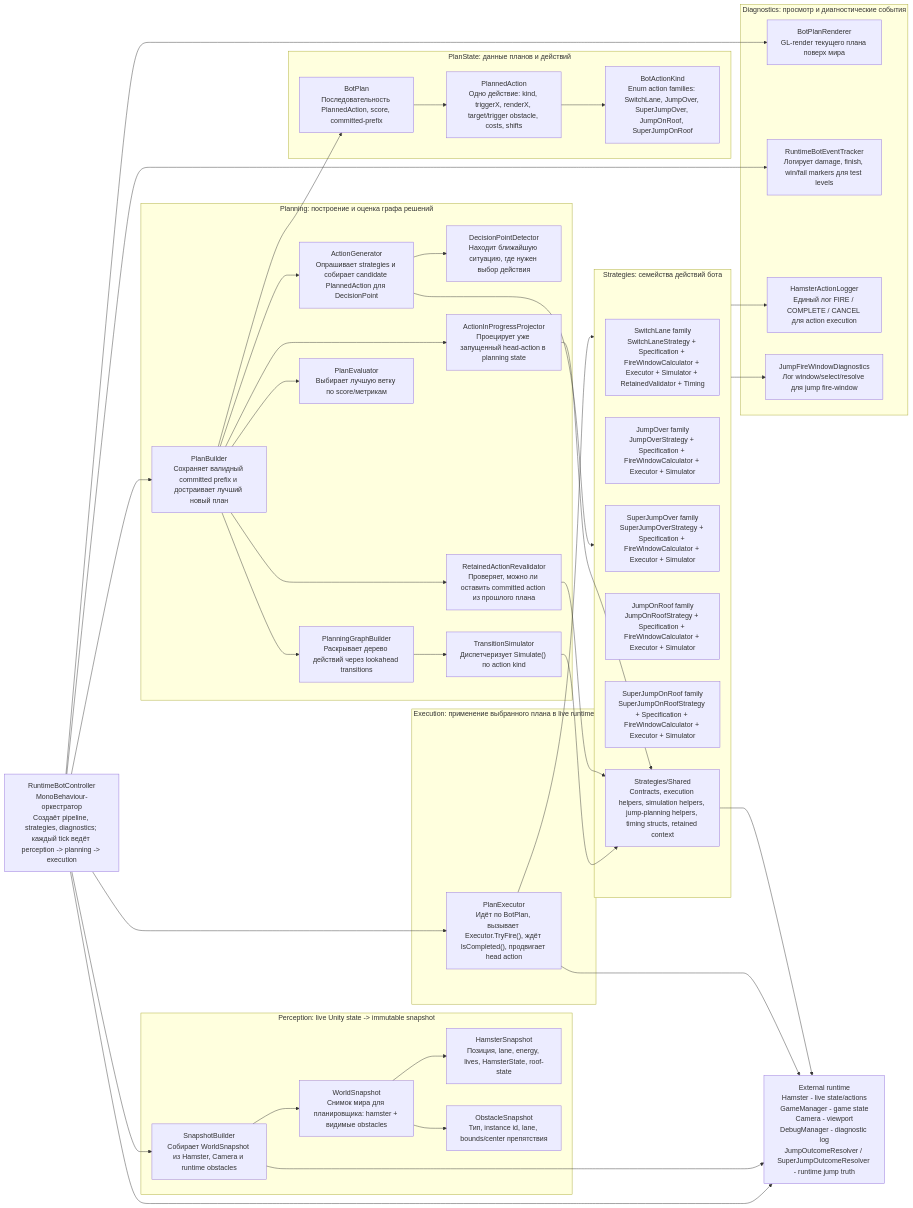
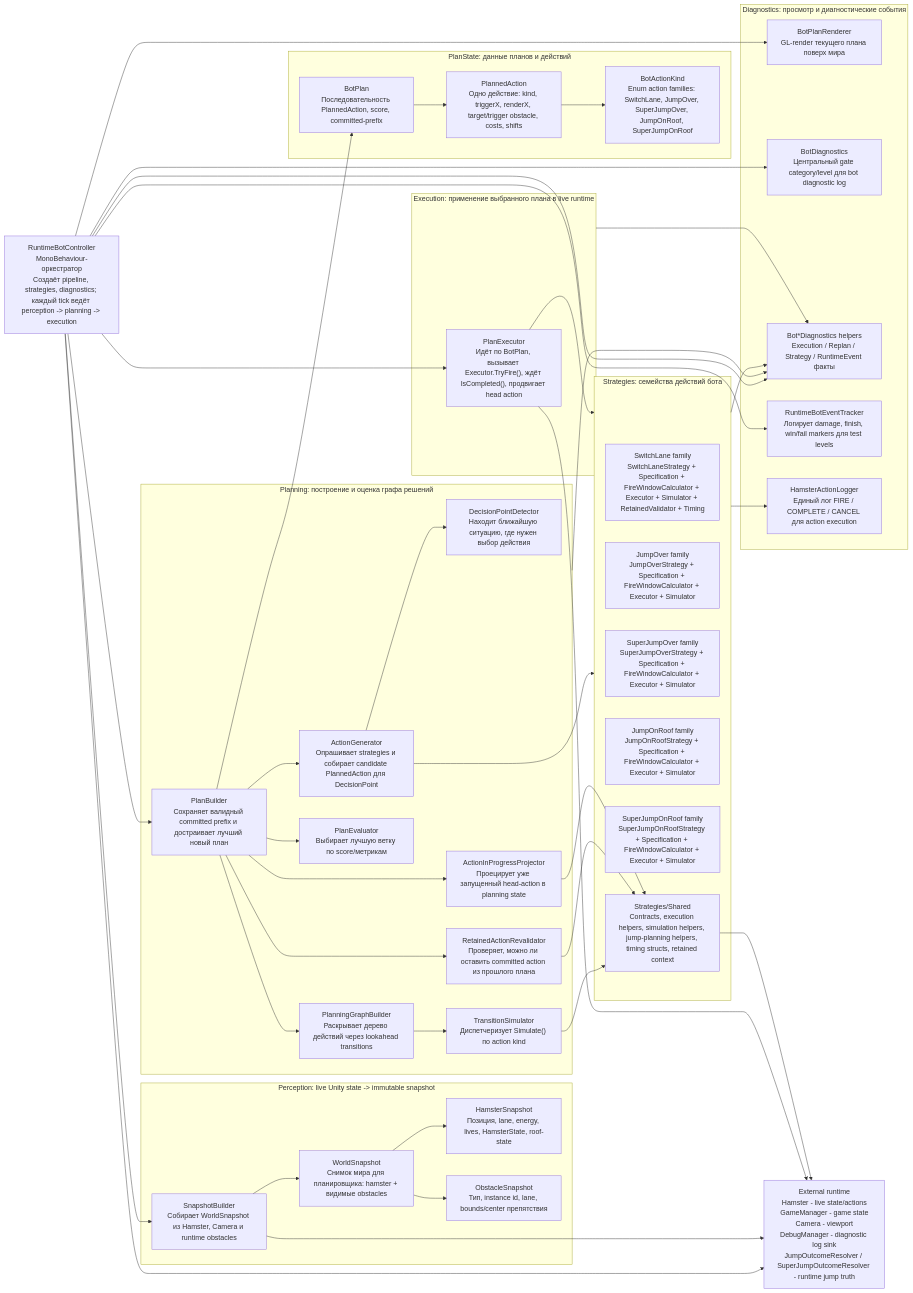
The first of 5 diagrams in docs/bot_architecture_diagram.md (vitalisun2/LostCyberHamster), drawn with Mermaid before and after one commit. The commit also changed other lines of this file and 7 other files, not shown here.

````diff
--- a/docs/bot_architecture_diagram.md
+++ b/docs/bot_architecture_diagram.md
@@ -10,6 +10,6 @@
 ```mermaid
 flowchart LR
-    External["External runtime<br/>Hamster - live state/actions<br/>GameManager - game state<br/>Camera - viewport<br/>DebugManager - diagnostic log<br/>JumpOutcomeResolver / SuperJumpOutcomeResolver - runtime jump truth"]
+    External["External runtime<br/>Hamster - live state/actions<br/>GameManager - game state<br/>Camera - viewport<br/>DebugManager - diagnostic log sink<br/>JumpOutcomeResolver / SuperJumpOutcomeResolver - runtime jump truth"]
 
     RBC["RuntimeBotController<br/>MonoBehaviour-оркестратор<br/>Создаёт pipeline, strategies, diagnostics; каждый tick ведёт perception -> planning -> execution"]
 
@@ -52,9 +52,10 @@
 
     subgraph Diagnostics["Diagnostics: просмотр и диагностические события"]
         BPR["BotPlanRenderer<br/>GL-render текущего плана поверх мира"]
+        BD["BotDiagnostics<br/>Центральный gate category/level для bot diagnostic log"]
+        BHD["Bot*Diagnostics helpers<br/>Execution / Replan / Strategy / RuntimeEvent факты"]
         RBET["RuntimeBotEventTracker<br/>Логирует damage, finish, win/fail markers для test levels"]
         HAL["HamsterActionLogger<br/>Единый лог FIRE / COMPLETE / CANCEL для action execution"]
-        JFWD["JumpFireWindowDiagnostics<br/>Лог window/select/resolve для jump fire-window"]
     end
 
     RBC --> SB
@@ -83,9 +84,13 @@
     PEX --> Strategies
 
     RBC --> BPR
+    RBC --> BD
+    RBC --> BHD
     RBC --> RBET
+    Planning --> BHD
     Strategies --> HAL
-    Strategies --> JFWD
+    Strategies --> BHD
+    Execution --> BHD
 
     RBC --> External
     SB --> External
````
